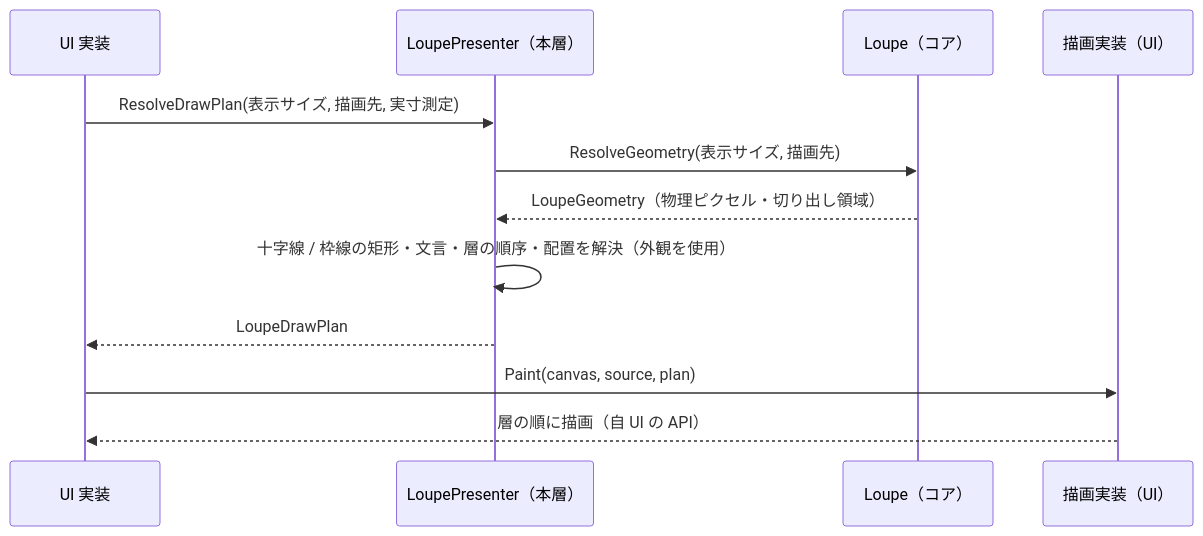
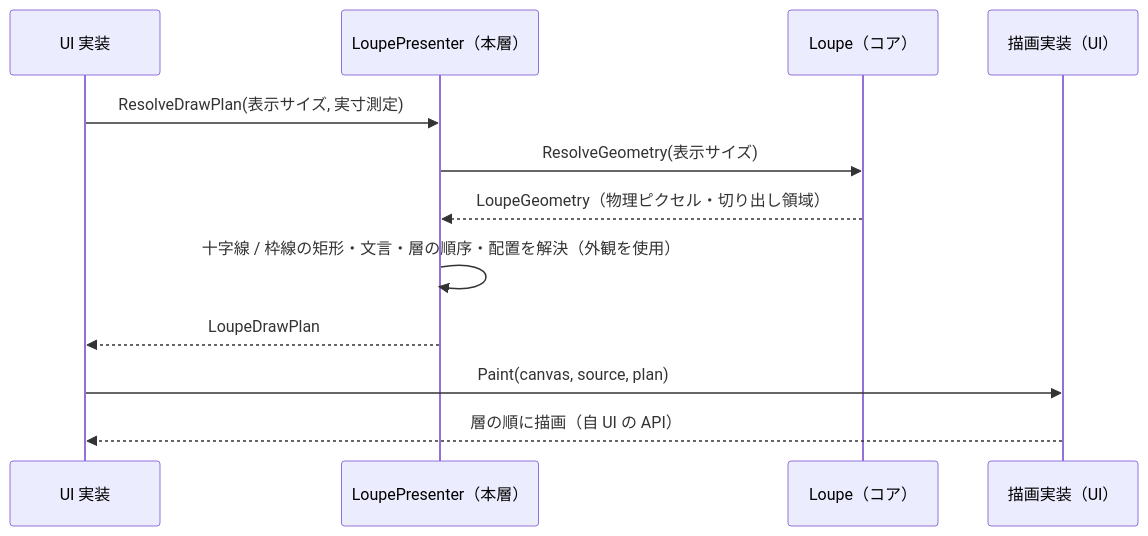
Before and after one commit to tomokuni/SaveEvidence: the second of 2 diagrams in src/Feature.Loupe.Presenter/docs/SPEC_System.md, drawn with Mermaid. The commit also changed 32 other files, not shown here.

````diff
--- a/src/Feature.Loupe.Presenter/docs/SPEC_System.md
+++ b/src/Feature.Loupe.Presenter/docs/SPEC_System.md
@@ -41,15 +41,15 @@
 ```mermaid
 sequenceDiagram
   participant UI as UI 実装
   participant P as LoupePresenter（本層）
   participant L as Loupe（コア）
   participant Painter as 描画実装（UI）
 
-  UI->>P: ResolveDrawPlan(表示サイズ, 描画先, 実寸測定)
-  P->>L: ResolveGeometry(表示サイズ, 描画先)
+  UI->>P: ResolveDrawPlan(表示サイズ, 実寸測定)
+  P->>L: ResolveGeometry(表示サイズ)
   L-->>P: LoupeGeometry（物理ピクセル・切り出し領域）
   P->>P: 十字線 / 枠線の矩形・文言・層の順序・配置を解決（外観を使用）
   P-->>UI: LoupeDrawPlan
   UI->>Painter: Paint(canvas, source, plan)
   Painter-->>UI: 層の順に描画（自 UI の API）
 ```
````
